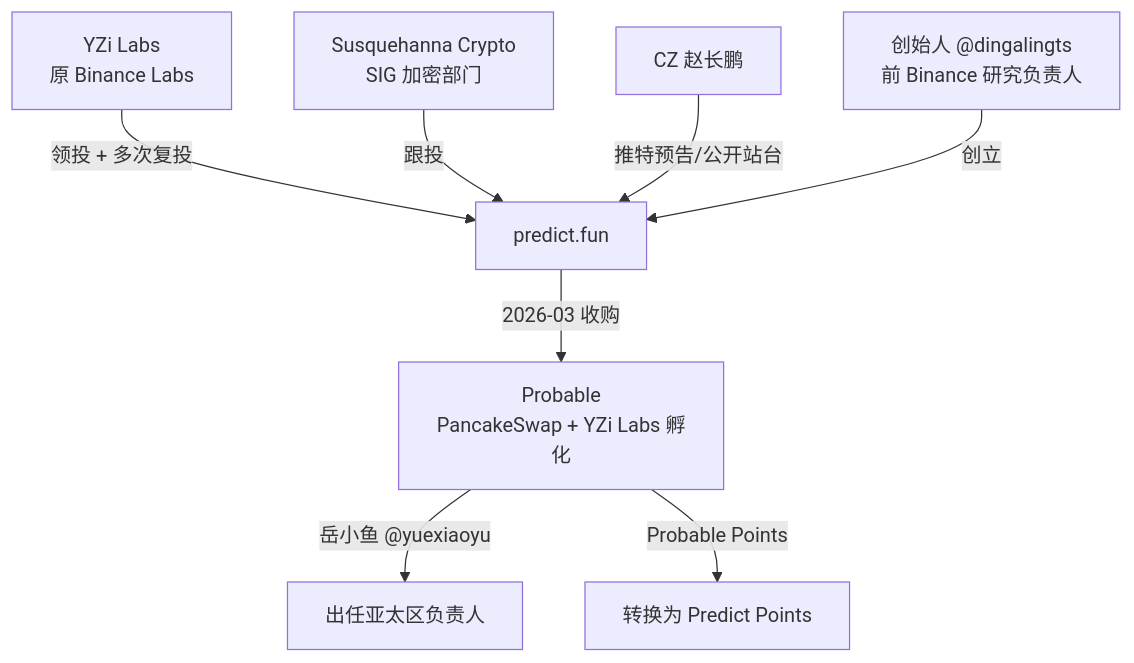
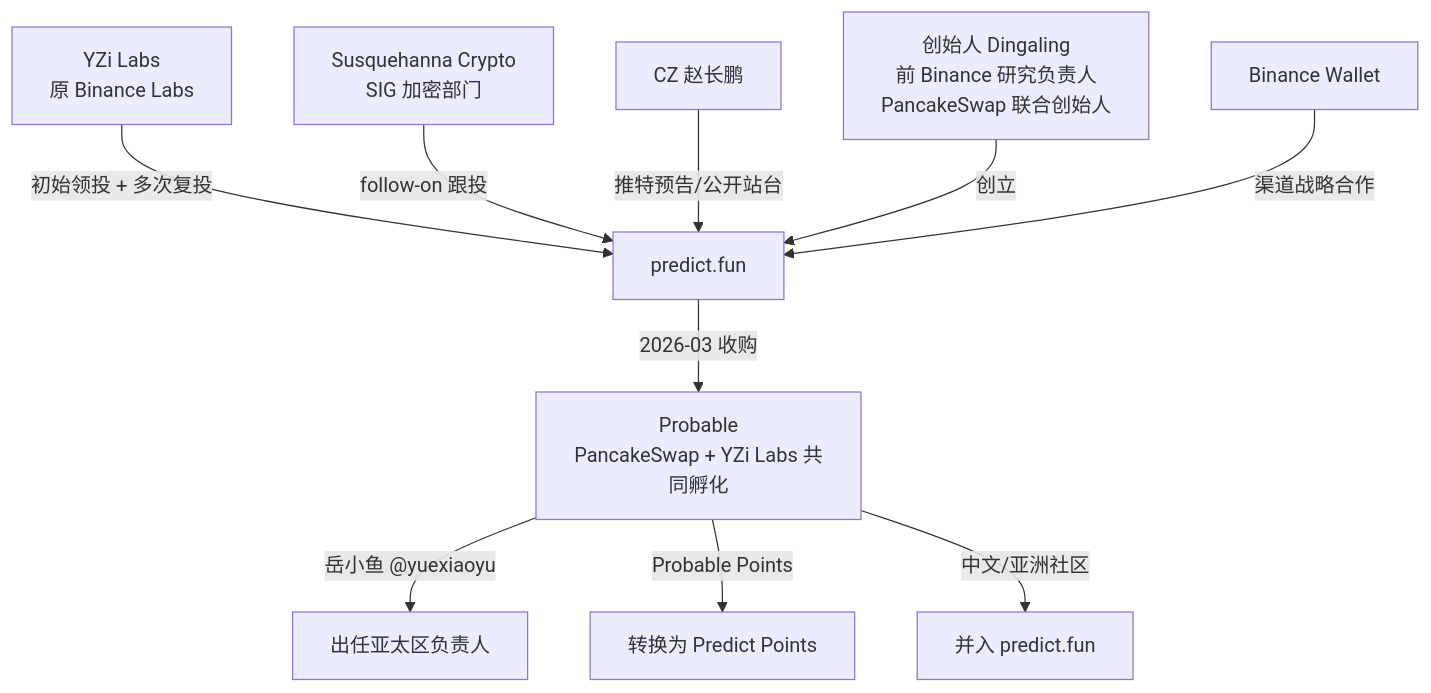
One commit to survivorff/predictfun_design changed the fifth of 9 diagrams in research/01_market/analysis.md. Above: the diagram before and after it, drawn with Mermaid. The commit also changed other lines of this file and 11 other files, not shown here.

````diff
--- a/research/01_market/analysis.md
+++ b/research/01_market/analysis.md
@@ -76,11 +124,13 @@
 ```mermaid
 graph TD
-    A[YZi Labs<br/>原 Binance Labs] -->|领投 + 多次复投| P[predict.fun]
-    B[Susquehanna Crypto<br/>SIG 加密部门] -->|跟投| P
+    A[YZi Labs<br/>原 Binance Labs] -->|初始领投 + 多次复投| P[predict.fun]
+    B[Susquehanna Crypto<br/>SIG 加密部门] -->|follow-on 跟投| P
     C[CZ 赵长鹏] -->|推特预告/公开站台| P
-    D[创始人 @dingalingts<br/>前 Binance 研究负责人] -->|创立| P
+    D[创始人 Dingaling<br/>前 Binance 研究负责人<br/>PancakeSwap 联合创始人] -->|创立| P
+    E[Binance Wallet] -->|渠道战略合作| P
 
-    P -->|2026-03 收购| E[Probable<br/>PancakeSwap + YZi Labs 孵化]
-    E -->|岳小鱼 @yuexiaoyu| F[出任亚太区负责人]
-    E -->|Probable Points| G[转换为 Predict Points]
+    P -->|2026-03 收购| F[Probable<br/>PancakeSwap + YZi Labs 共同孵化]
+    F -->|岳小鱼 @yuexiaoyu| G[出任亚太区负责人]
+    F -->|Probable Points| H[转换为 Predict Points]
+    F -->|中文/亚洲社区| I[并入 predict.fun]
 ```
````
